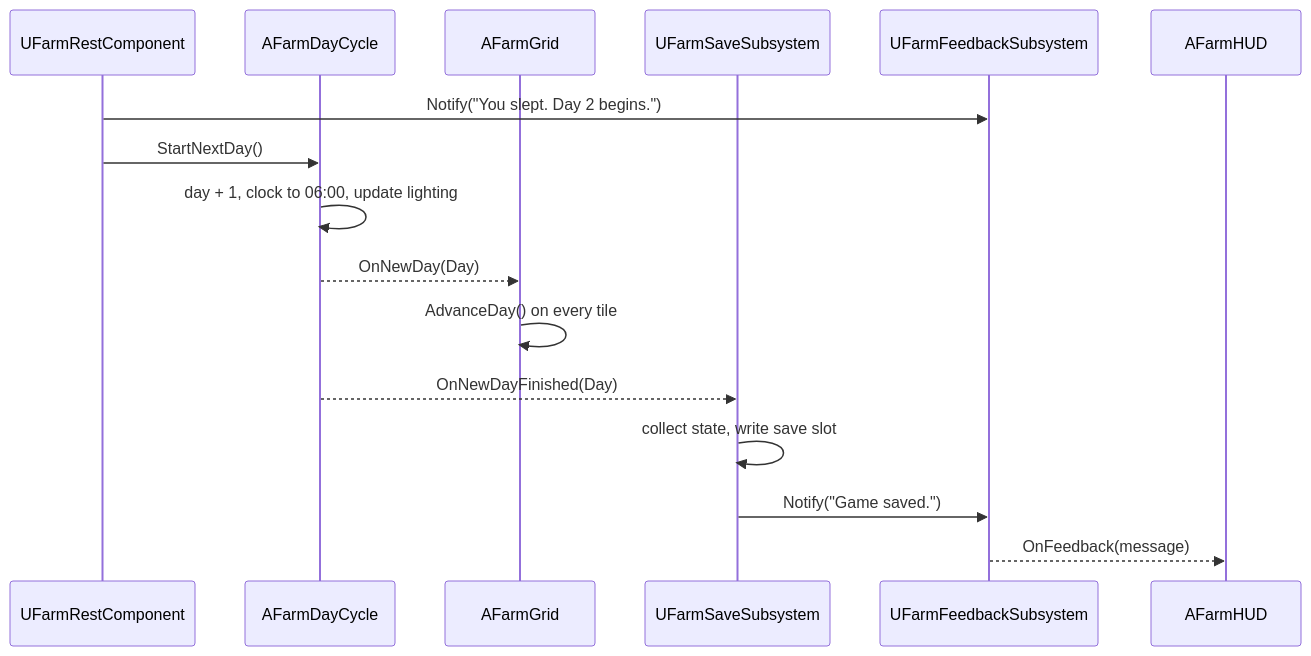
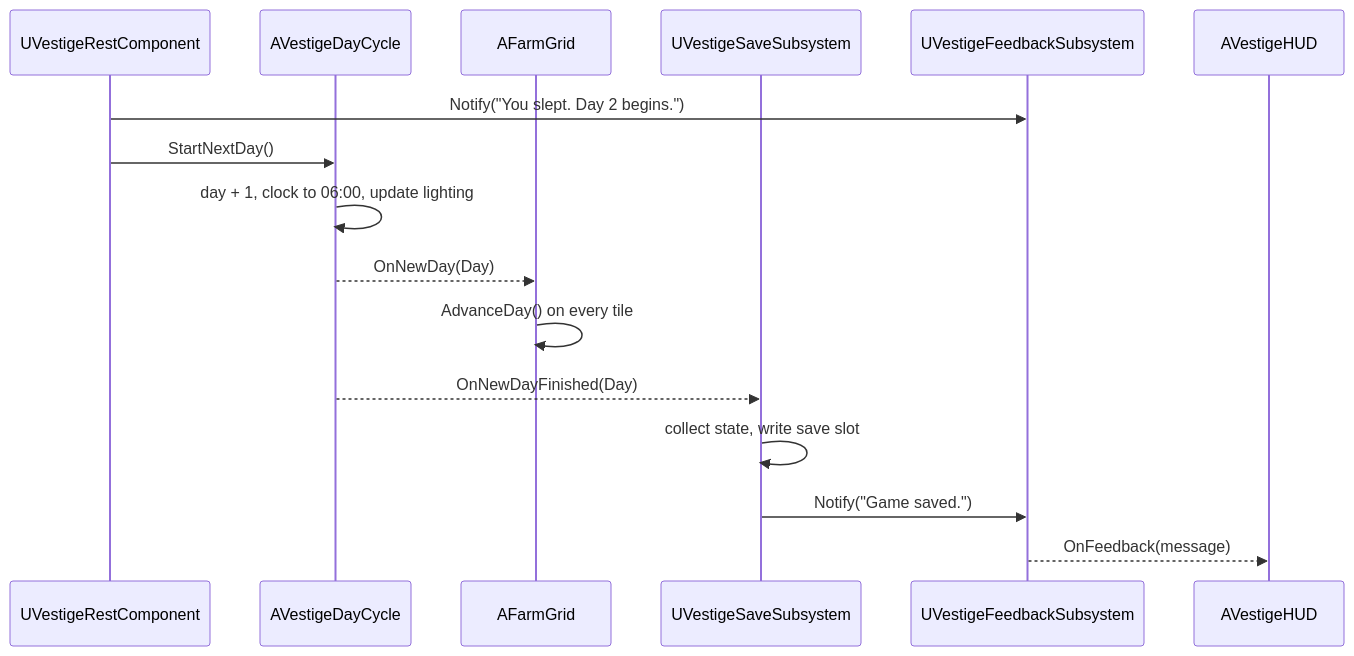
The second of 2 diagrams in Docs/Architecture.md (DunderGG/ProjectVestige), drawn with Mermaid before and after one commit. The commit also changed other lines of this file and 118 other files, not shown here.

````diff
--- a/Docs/Architecture.md
+++ b/Docs/Architecture.md
@@ -421,18 +421,18 @@
 ```mermaid
 sequenceDiagram
-    participant Rest as UFarmRestComponent
-    participant DayCycle as AFarmDayCycle
+    participant Rest as UVestigeRestComponent
+    participant DayCycle as AVestigeDayCycle
     participant Grid as AFarmGrid
-    participant Save as UFarmSaveSubsystem
-    participant Feedback as UFarmFeedbackSubsystem
-    participant HUD as AFarmHUD
+    participant Save as UVestigeSaveSubsystem
+    participant Feedback as UVestigeFeedbackSubsystem
+    participant HUD as AVestigeHUD
     Rest->>Feedback: Notify("You slept. Day 2 begins.")
     Rest->>DayCycle: StartNextDay()
     DayCycle->>DayCycle: day + 1, clock to 06:00, update lighting
     DayCycle-->>Grid: OnNewDay(Day)
     Grid->>Grid: AdvanceDay() on every tile
     DayCycle-->>Save: OnNewDayFinished(Day)
     Save->>Save: collect state, write save slot
     Save->>Feedback: Notify("Game saved.")
     Feedback-->>HUD: OnFeedback(message)
 ```
````
